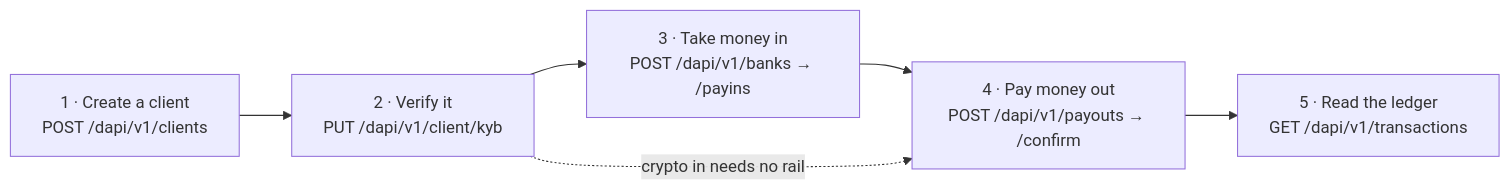
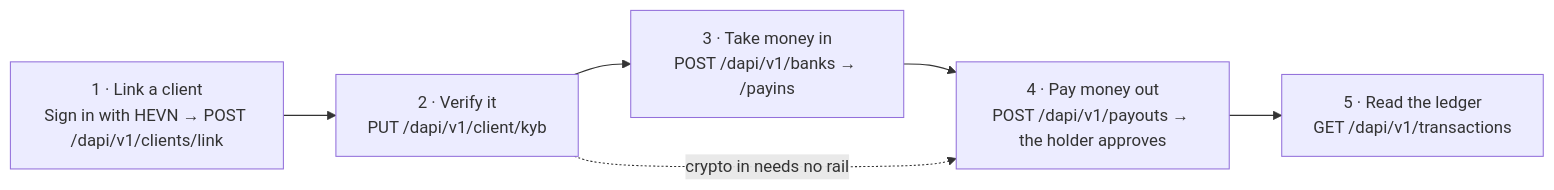
The first of 2 diagrams in whitelabel/use-cases.mdx (hevn-inc/docs), drawn with Mermaid before and after one commit. The commit also changed other lines of this file and 29 other files, not shown here.

First line of the commit message:
Document the non-custodial whitelabel API and Sign in with HEVN

````diff
--- a/whitelabel/use-cases.mdx
+++ b/whitelabel/use-cases.mdx
@@ -10,10 +10,10 @@
 ```mermaid
 flowchart LR
-    M1["1 · Create a client<br/>POST /dapi/v1/clients"]
+    M1["1 · Link a client<br/>Sign in with HEVN → POST /dapi/v1/clients/link"]
     M2["2 · Verify it<br/>PUT /dapi/v1/client/kyb"]
     M3["3 · Take money in<br/>POST /dapi/v1/banks → /payins"]
-    M4["4 · Pay money out<br/>POST /dapi/v1/payouts → /confirm"]
+    M4["4 · Pay money out<br/>POST /dapi/v1/payouts → the holder approves"]
     M5["5 · Read the ledger<br/>GET /dapi/v1/transactions"]
     M1 --> M2 --> M3 --> M4 --> M5
     M2 -.->|"crypto in needs no rail"| M4
 ```
````
